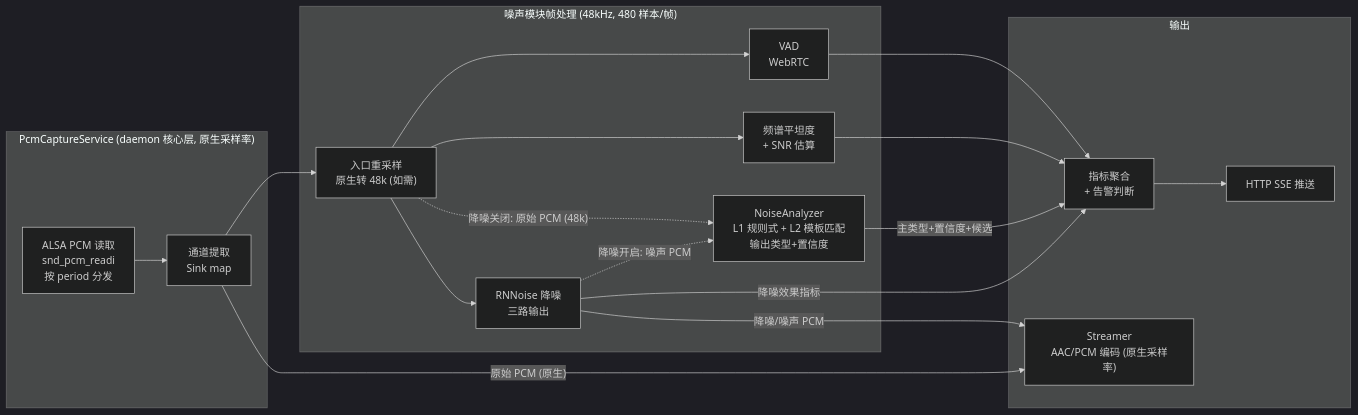
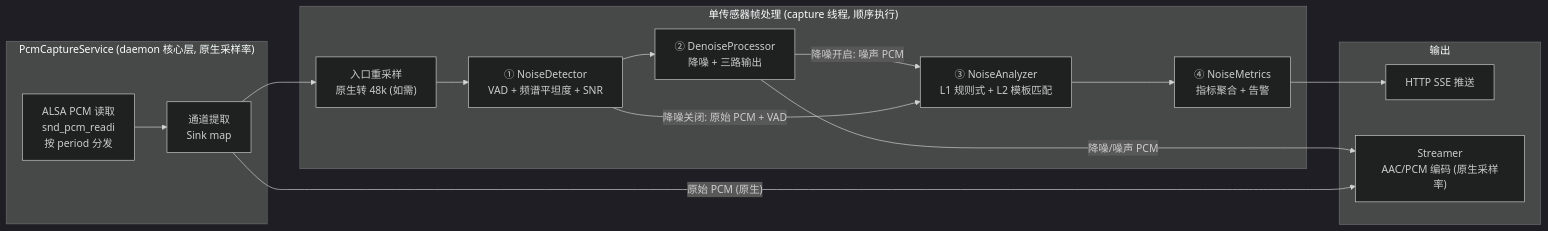
The sixth of 6 diagrams in docs/noise/architecture-design.md (JunJunHub/aes67-linux-daemon), drawn with Mermaid (dark theme) before and after one commit. The commit also changed other lines of this file, not shown here.

First line of the commit message:
docs(noise): 修正线程模型 — 单传感器顺序处理链路 + RefComparator 独立双路缓冲

````diff
--- a/docs/noise/architecture-design.md
+++ b/docs/noise/architecture-design.md
@@ -1173,36 +1179,30 @@
 ```mermaid
 flowchart LR
     subgraph 截取["PcmCaptureService (daemon 核心层, 原生采样率)"]
         ALSA_R["ALSA PCM 读取<br/>snd_pcm_readi<br/>按 period 分发"]
         CH_EXTRACT["通道提取<br/>Sink map"]
         ALSA_R --> CH_EXTRACT
     end
 
-    subgraph 并行处理["噪声模块帧处理 (48kHz, 480 样本/帧)"]
+    subgraph 顺序处理["单传感器帧处理 (capture 线程, 顺序执行)"]
         RESAMPLE["入口重采样<br/>原生转 48k (如需)"]
-        VAD["VAD<br/>WebRTC"]
-        SF["频谱平坦度<br/>+ SNR 估算"]
-        RNN["RNNoise 降噪<br/>三路输出"]
-        ANA["NoiseAnalyzer<br/>L1 规则式 + L2 模板匹配<br/>输出类型+置信度"]
+        DET["① NoiseDetector<br/>VAD + 频谱平坦度 + SNR"]
+        DNR["② DenoiseProcessor<br/>降噪 + 三路输出"]
+        ANA["③ NoiseAnalyzer<br/>L1 规则式 + L2 模板匹配"]
+        MET["④ NoiseMetrics<br/>指标聚合 + 告警"]
+        RESAMPLE --> DET --> DNR
+        DNR -->|"降噪开启: 噪声 PCM"| ANA
+        DET -->|"降噪关闭: 原始 PCM + VAD"| ANA
+        ANA --> MET
     end
 
     subgraph 输出["输出"]
-        METRICS["指标聚合<br/>+ 告警判断"]
         HTTP_SSE["HTTP SSE 推送"]
         STR_OUT["Streamer<br/>AAC/PCM 编码 (原生采样率)"]
     end
 
     CH_EXTRACT --> RESAMPLE
-    RESAMPLE --> VAD
-    RESAMPLE --> SF
-    RESAMPLE --> RNN
-    RESAMPLE -.->|"降噪关闭: 原始 PCM (48k)"| ANA
-    RNN -.->|"降噪开启: 噪声 PCM"| ANA
-    VAD --> METRICS
-    SF --> METRICS
-    ANA -->|"主类型+置信度+候选"| METRICS
-    RNN -->|"降噪效果指标"| METRICS
-    RNN -->|"降噪/噪声 PCM"| STR_OUT
+    DNR -->|"降噪/噪声 PCM"| STR_OUT
     CH_EXTRACT -->|"原始 PCM (原生)"| STR_OUT
-    METRICS --> HTTP_SSE
+    MET --> HTTP_SSE
 ```
````
